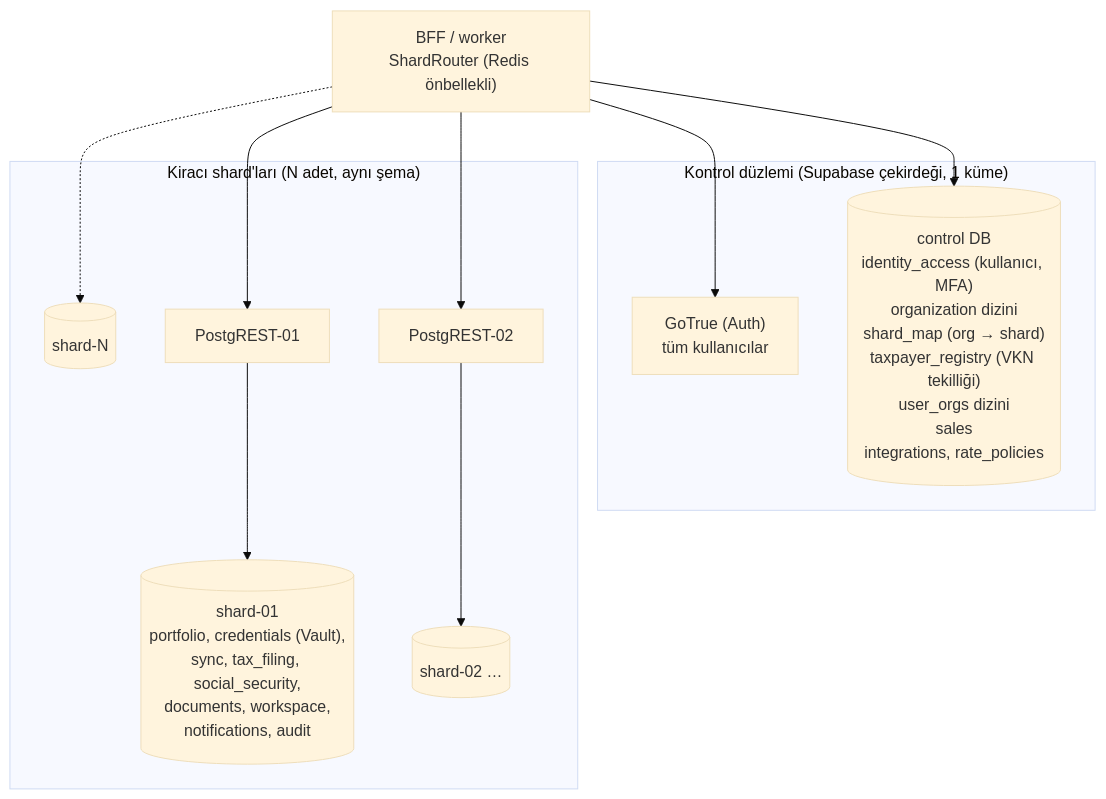
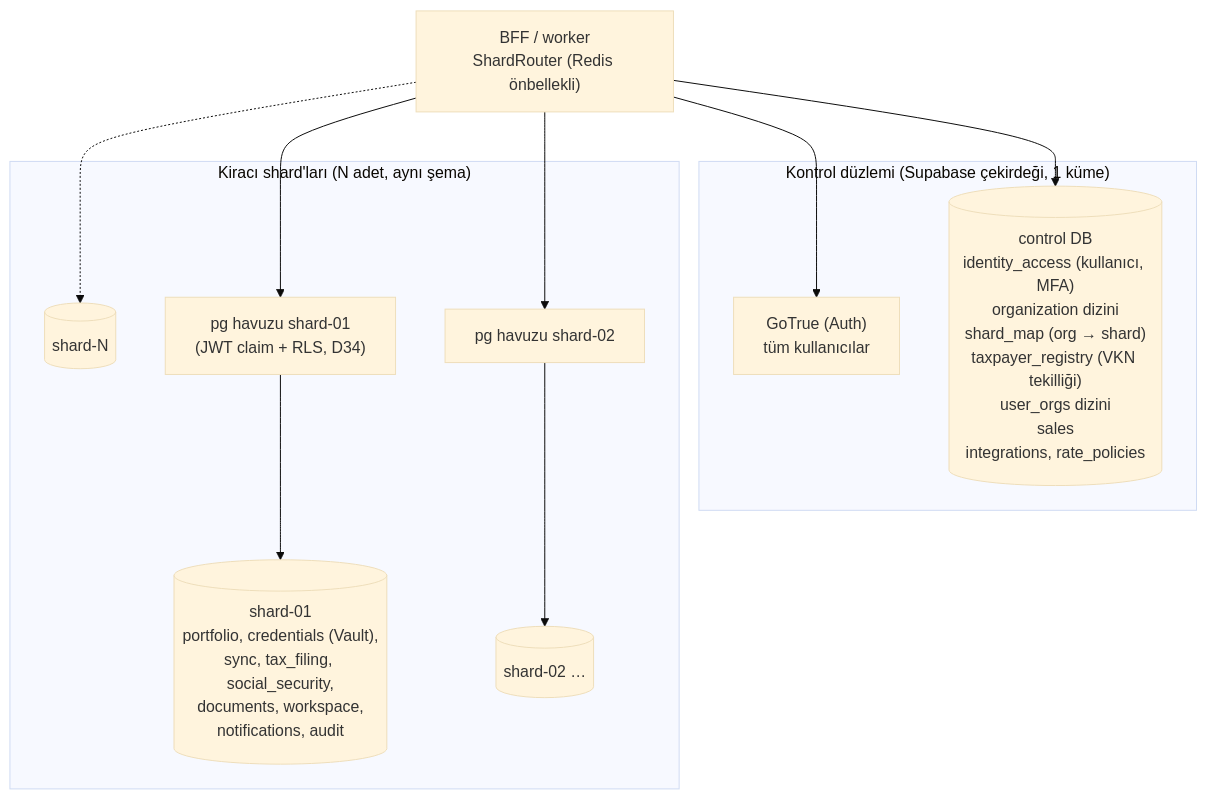
The diagram in docs/hedef-mimari/07-veri-saklama-ve-sharding.md (hakangoktas69/Ortakcalisma), drawn with Mermaid (base theme) before and after one commit. The commit also changed other lines of this file and 66 other files, not shown here.

````diff
--- a/docs/hedef-mimari/07-veri-saklama-ve-sharding.md
+++ b/docs/hedef-mimari/07-veri-saklama-ve-sharding.md
@@ -21,20 +21,20 @@
 ```mermaid
 flowchart TB
   subgraph CP["Kontrol düzlemi (Supabase çekirdeği, 1 küme)"]
     AU["GoTrue (Auth)<br/>tüm kullanıcılar"]
     CPDB[("control DB<br/>identity_access (kullanıcı, MFA)<br/>organization dizini<br/>shard_map (org → shard)<br/>taxpayer_registry (VKN tekilliği)<br/>user_orgs dizini<br/>sales<br/>integrations, rate_policies")]
   end
   subgraph SH["Kiracı shard'ları (N adet, aynı şema)"]
     S1[("shard-01<br/>portfolio, credentials (Vault),<br/>sync, tax_filing, social_security,<br/>documents, workspace,<br/>notifications, audit")]
     S2[("shard-02 …")]
     SN[("shard-N")]
-    PR1["PostgREST-01"]
-    PR2["PostgREST-02"]
+    PR1["pg havuzu shard-01<br/>(JWT claim + RLS, D34)"]
+    PR2["pg havuzu shard-02"]
   end
   BFF["BFF / worker<br/>ShardRouter (Redis önbellekli)"]
   BFF --> AU
   BFF --> CPDB
   BFF --> PR1 --> S1
   BFF --> PR2 --> S2
   BFF -.-> SN
 ```
````
